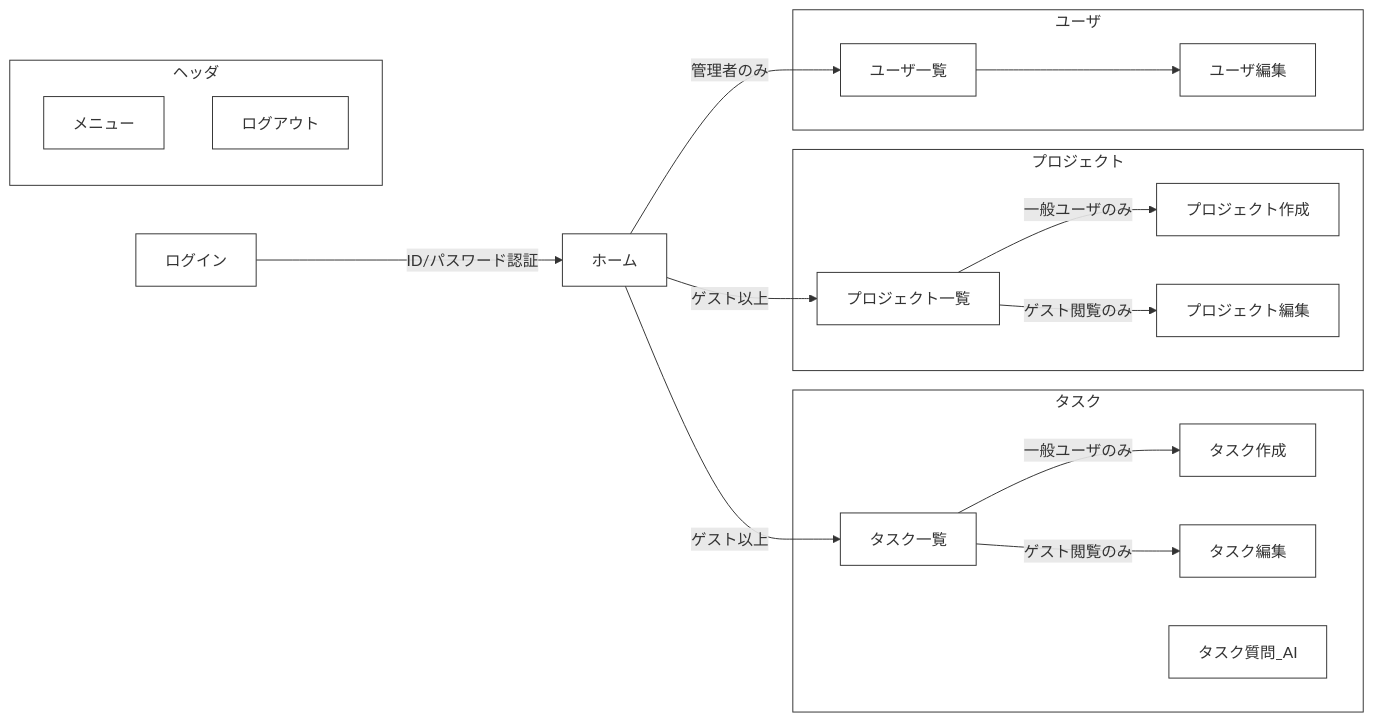
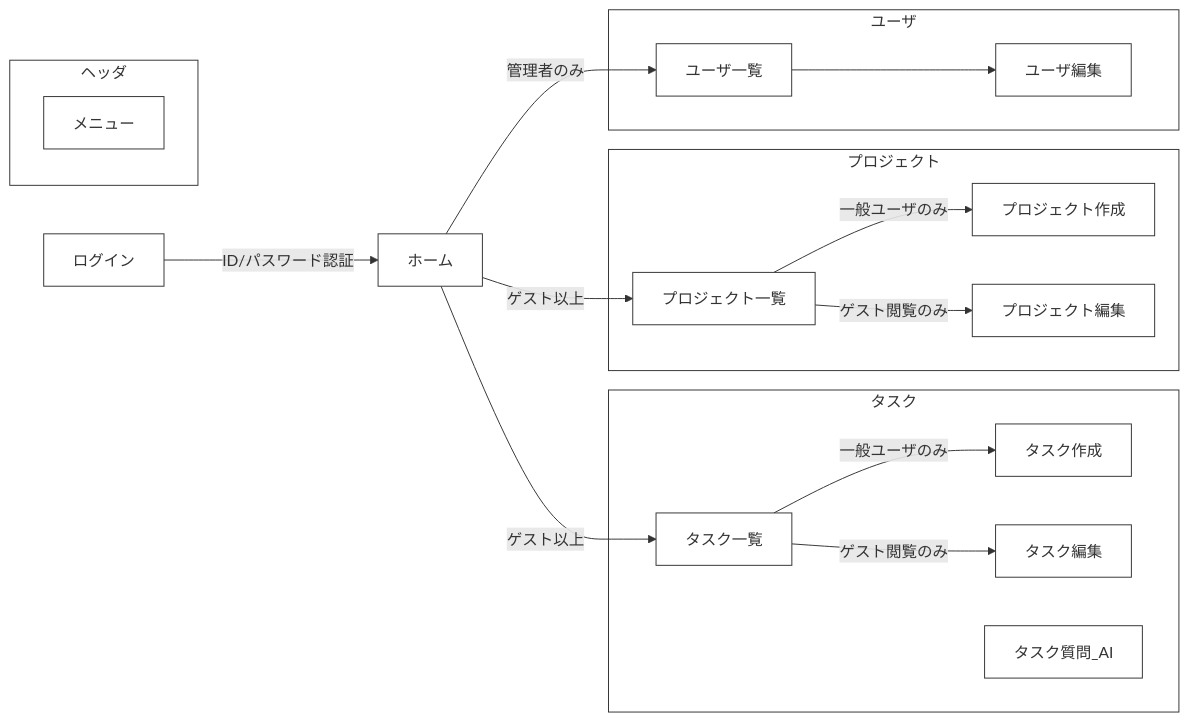
The first of 2 diagrams in README.md (shuhei1101/sample-react-app), drawn with Mermaid before and after one commit.

Commit message:
docs: 一部文言修正

````diff
--- a/README.md
+++ b/README.md
@@ -80,33 +80,32 @@
 ```mermaid
 graph LR
 
   classDef default fill: #fff,stroke: #333,stroke-width: 1px;
   style header fill: #fff,stroke: #333,stroke-width: 1px;
   style project fill: #fff,stroke: #333,stroke-width: 1px;
   style task fill: #fff,stroke: #333,stroke-width: 1px;
   style user fill: #fff,stroke: #333,stroke-width: 1px;
 
   ログイン--ID/パスワード認証-->ホーム
 
   ホーム--ゲスト以上-->プロジェクト一覧
   ホーム--ゲスト以上-->タスク一覧
   ホーム--管理者のみ-->ユーザ一覧
 
   subgraph task [タスク]
     タスク一覧--一般ユーザのみ-->タスク作成
     タスク一覧--ゲスト閲覧のみ-->タスク編集
     タスク質問_AI
   end
   subgraph project [プロジェクト]
     プロジェクト一覧--一般ユーザのみ-->プロジェクト作成
     プロジェクト一覧--ゲスト閲覧のみ-->プロジェクト編集
   end
   subgraph user [ユーザ]
     ユーザ一覧-->ユーザ編集
   end
 
   subgraph header [ヘッダ]
     メニュー
-    ログアウト
   end
 ```
````
